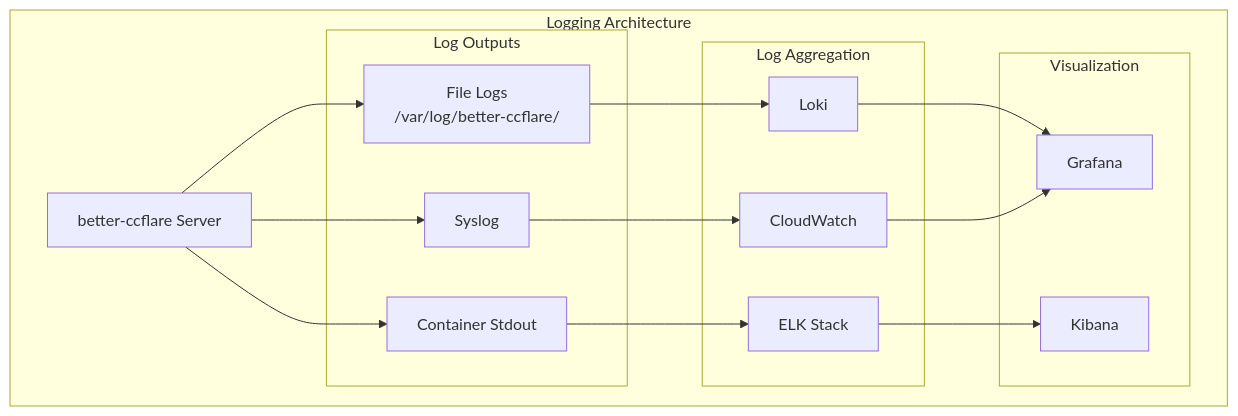
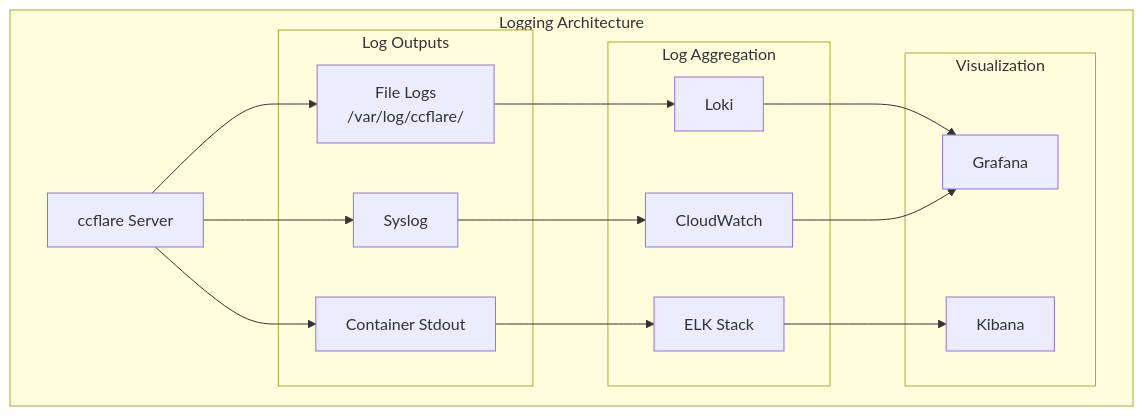
The second of 3 diagrams in docs/deployment.md (zenprocess/better-ccflare), drawn with Mermaid before and after one commit. The commit also changed other lines of this file and 1026 other files, not shown here.

````diff
--- a/docs/deployment.md
+++ b/docs/deployment.md
@@ -568,35 +577,35 @@
 ```mermaid
 graph TB
     subgraph "Logging Architecture"
-        APP[better-ccflare Server]
+        APP[ccflare Server]
         
         subgraph "Log Outputs"
-            FILE[File Logs<br/>/var/log/better-ccflare/]
+            FILE[File Logs<br/>/var/log/ccflare/]
             STDOUT[Container Stdout]
             SYSLOG[Syslog]
         end
         
         subgraph "Log Aggregation"
             LOKI[Loki]
             ELK[ELK Stack]
             CLOUDWATCH[CloudWatch]
         end
         
         subgraph "Visualization"
             GRAFANA[Grafana]
             KIBANA[Kibana]
         end
     end
     
     APP --> FILE
     APP --> STDOUT
     APP --> SYSLOG
     
     FILE --> LOKI
     STDOUT --> ELK
     SYSLOG --> CLOUDWATCH
     
     LOKI --> GRAFANA
     ELK --> KIBANA
     CLOUDWATCH --> GRAFANA
 ```
````
